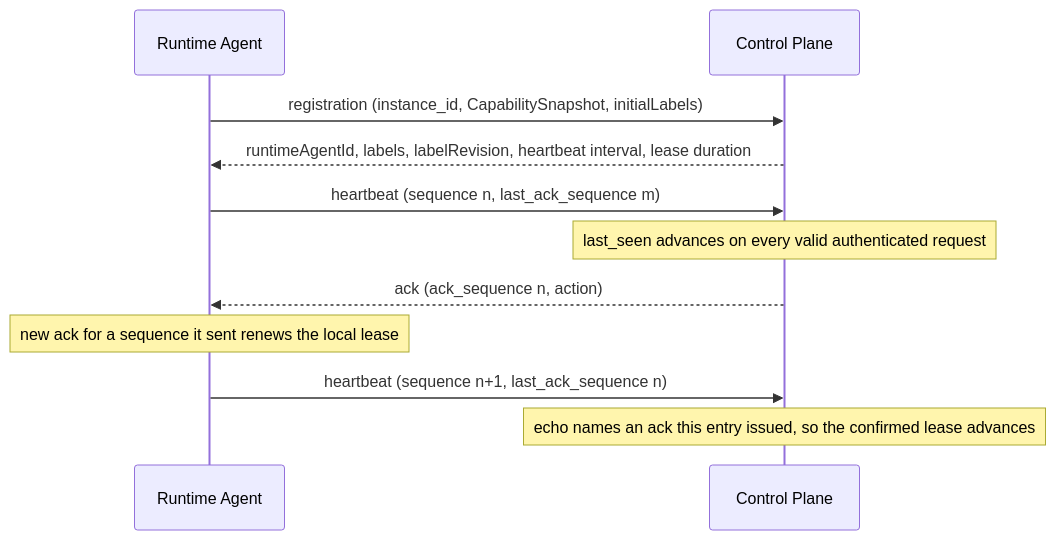
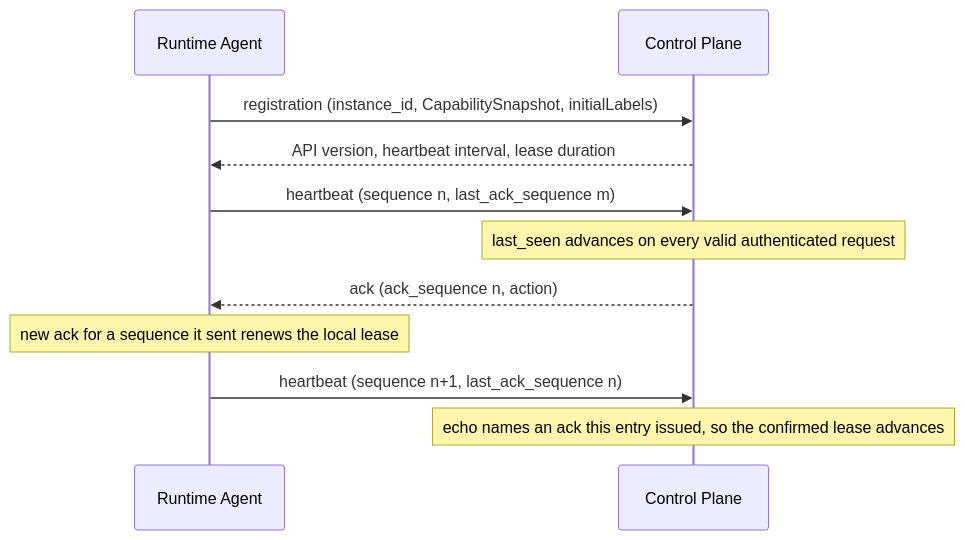
The first of 2 diagrams in docs/spec/execution/control-plane.md (grauwolf32/contractor), drawn with Mermaid before and after one commit. The commit also changed other lines of this file and 21 other files, not shown here.

````diff
--- a/docs/spec/execution/control-plane.md
+++ b/docs/spec/execution/control-plane.md
@@ -181,13 +181,13 @@
 ```mermaid
 sequenceDiagram
     participant R as Runtime Agent
     participant C as Control Plane
     R->>C: registration (instance_id, CapabilitySnapshot, initialLabels)
-    C-->>R: runtimeAgentId, labels, labelRevision, heartbeat interval, lease duration
+    C-->>R: API version, heartbeat interval, lease duration
     R->>C: heartbeat (sequence n, last_ack_sequence m)
     Note over C: last_seen advances on every valid authenticated request
     C-->>R: ack (ack_sequence n, action)
     Note over R: new ack for a sequence it sent renews the local lease
     R->>C: heartbeat (sequence n+1, last_ack_sequence n)
     Note over C: echo names an ack this entry issued, so the confirmed lease advances
 ```
````
